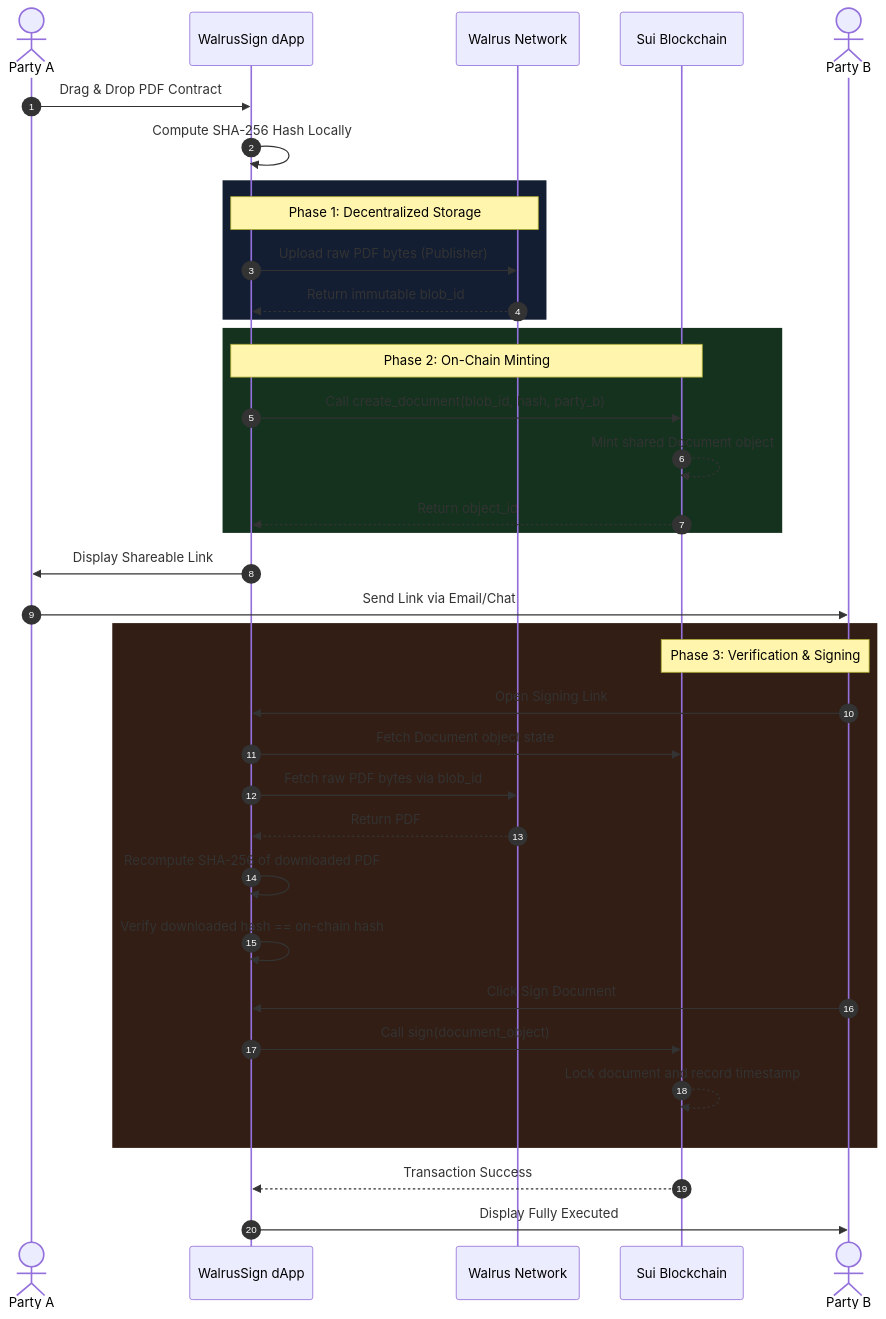
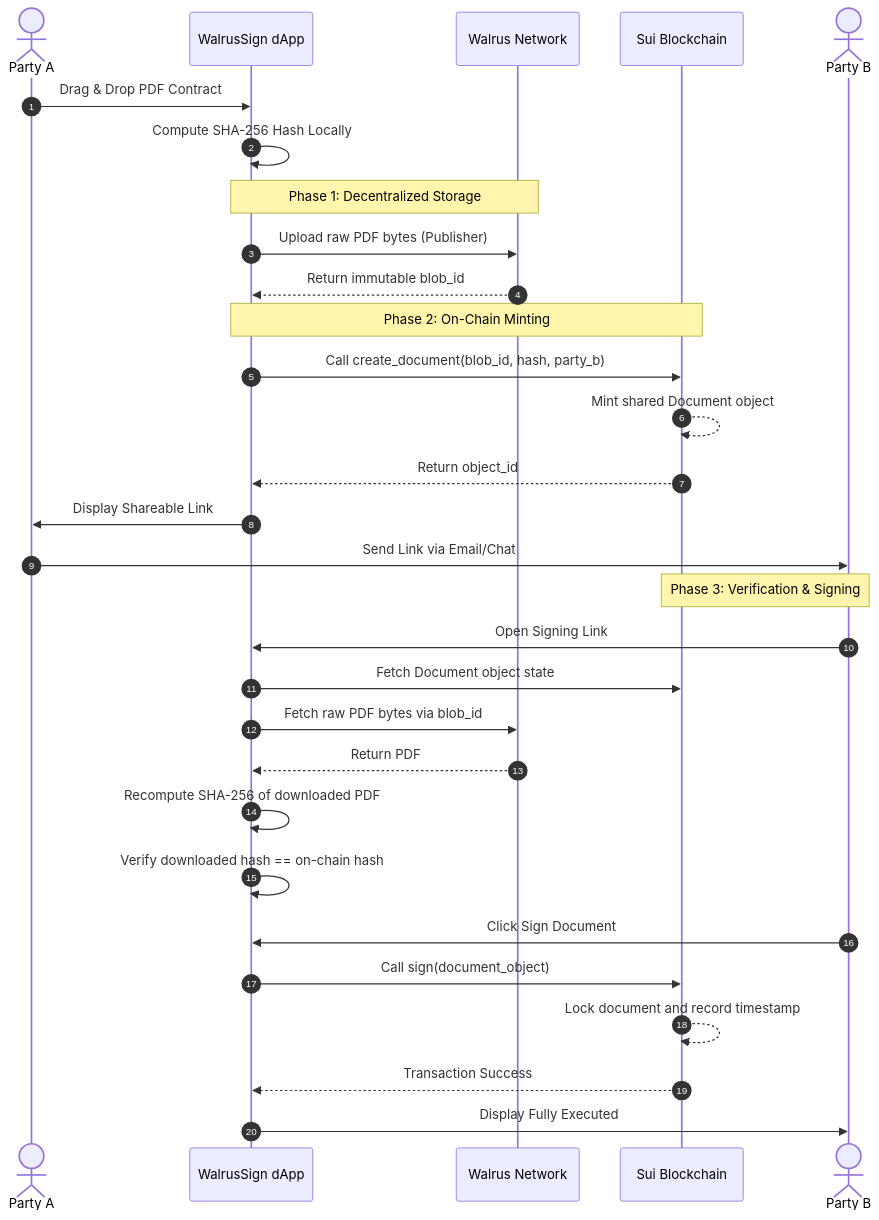
The second of 2 diagrams in README.md (Lakshmikanth-3/walrussign), drawn with Mermaid before and after one commit. The commit also changed other lines of this file, not shown here.

Commit message:
Make README diagrams monochrome

````diff
--- a/README.md
+++ b/README.md
@@ -68,44 +63,38 @@
 ```mermaid
 sequenceDiagram
     autonumber
     actor PartyA as Party A
     participant App as WalrusSign dApp
     participant Walrus as Walrus Network
     participant Sui as Sui Blockchain
     actor PartyB as Party B
 
     PartyA->>App: Drag & Drop PDF Contract
     App->>App: Compute SHA-256 Hash Locally
 
-    rect rgb(20, 30, 50)
-        Note over App,Walrus: Phase 1: Decentralized Storage
-        App->>Walrus: Upload raw PDF bytes (Publisher)
-        Walrus-->>App: Return immutable blob_id
-    end
+    Note over App,Walrus: Phase 1: Decentralized Storage
+    App->>Walrus: Upload raw PDF bytes (Publisher)
+    Walrus-->>App: Return immutable blob_id
 
-    rect rgb(20, 50, 30)
-        Note over App,Sui: Phase 2: On-Chain Minting
-        App->>Sui: Call create_document(blob_id, hash, party_b)
-        Sui-->>Sui: Mint shared Document object
-        Sui-->>App: Return object_id
-    end
+    Note over App,Sui: Phase 2: On-Chain Minting
+    App->>Sui: Call create_document(blob_id, hash, party_b)
+    Sui-->>Sui: Mint shared Document object
+    Sui-->>App: Return object_id
 
     App->>PartyA: Display Shareable Link
     PartyA->>PartyB: Send Link via Email/Chat
 
-    rect rgb(50, 30, 20)
-        Note over PartyB,Sui: Phase 3: Verification & Signing
-        PartyB->>App: Open Signing Link
-        App->>Sui: Fetch Document object state
-        App->>Walrus: Fetch raw PDF bytes via blob_id
-        Walrus-->>App: Return PDF
-        App->>App: Recompute SHA-256 of downloaded PDF
-        App->>App: Verify downloaded hash == on-chain hash
-        PartyB->>App: Click Sign Document
-        App->>Sui: Call sign(document_object)
-        Sui-->>Sui: Lock document and record timestamp
-    end
+    Note over PartyB,Sui: Phase 3: Verification & Signing
+    PartyB->>App: Open Signing Link
+    App->>Sui: Fetch Document object state
+    App->>Walrus: Fetch raw PDF bytes via blob_id
+    Walrus-->>App: Return PDF
+    App->>App: Recompute SHA-256 of downloaded PDF
+    App->>App: Verify downloaded hash == on-chain hash
+    PartyB->>App: Click Sign Document
+    App->>Sui: Call sign(document_object)
+    Sui-->>Sui: Lock document and record timestamp
 
     Sui-->>App: Transaction Success
     App->>PartyB: Display Fully Executed
 ```
````
